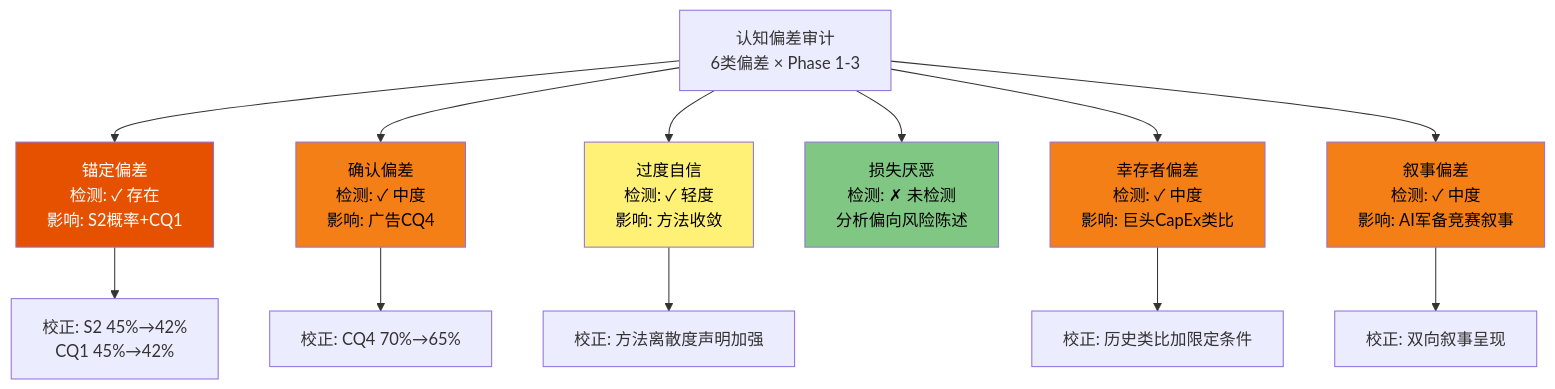
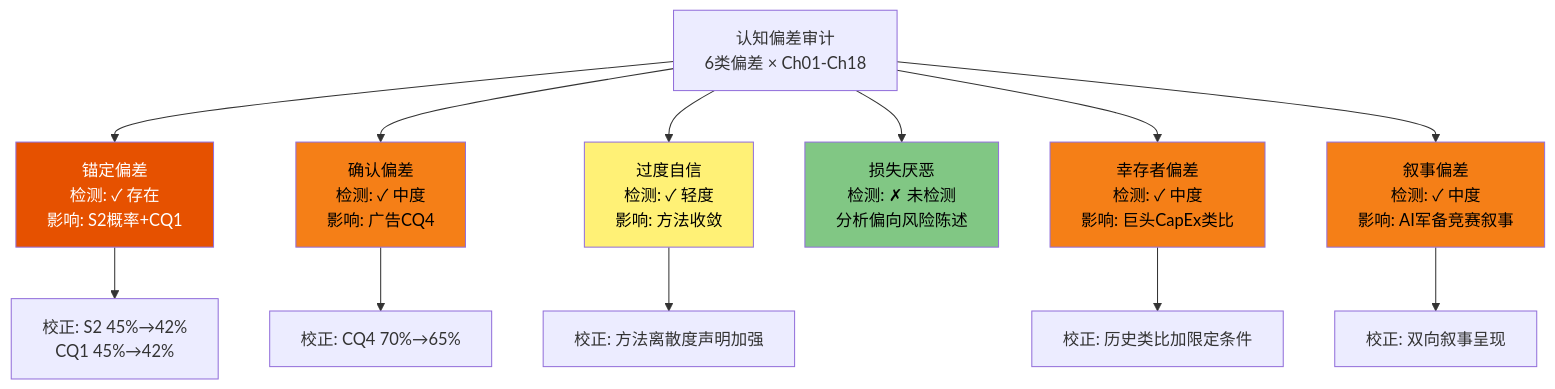
Before and after one commit to miltonnewyork25-afk/investment-master: diagram 27 of 32 in reports/AMZN/AMZN_Complete_v1.0_2026-02-18.md, drawn with Mermaid. The commit also changed other lines of this file, not shown here.

````diff
--- a/reports/AMZN/AMZN_Complete_v1.0_2026-02-18.md
+++ b/reports/AMZN/AMZN_Complete_v1.0_2026-02-18.md
@@ -5547,23 +5614,23 @@
 ```mermaid
 graph TD
-    BA["认知偏差审计<br/>6类偏差 × Phase 1-3"]
+    BA["认知偏差审计<br/>6类偏差 × Ch01-Ch18"]
     BA --> B1["锚定偏差<br/>检测: ✓ 存在<br/>影响: S2概率+CQ1"]
     BA --> B2["确认偏差<br/>检测: ✓ 中度<br/>影响: 广告CQ4"]
     BA --> B3["过度自信<br/>检测: ✓ 轻度<br/>影响: 方法收敛"]
     BA --> B4["损失厌恶<br/>检测: ✗ 未检测<br/>分析偏向风险陈述"]
     BA --> B5["幸存者偏差<br/>检测: ✓ 中度<br/>影响: 巨头CapEx类比"]
     BA --> B6["叙事偏差<br/>检测: ✓ 中度<br/>影响: AI军备竞赛叙事"]
 
     B1 --> C1["校正: S2 45%→42%<br/>CQ1 45%→42%"]
     B2 --> C2["校正: CQ4 70%→65%"]
     B3 --> C3["校正: 方法离散度声明加强"]
     B5 --> C5["校正: 历史类比加限定条件"]
     B6 --> C6["校正: 双向叙事呈现"]
 
     style B1 fill:#E65100,color:#fff
     style B2 fill:#F57F17,color:#000
     style B3 fill:#FFF176,color:#000
     style B4 fill:#81C784,color:#000
     style B5 fill:#F57F17,color:#000
     style B6 fill:#F57F17,color:#000
 ```
````
